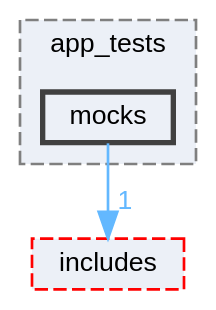
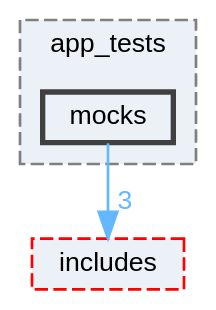
Before and after one commit to SEAME-pt/2024-2025-HotWheels: the diagram in docs/dir_88a79e1a5ce881f0266bc136e739785e_dep.dot, drawn with Graphviz. The commit also changed 223 other files, not shown here.

```diff
--- a/docs/dir_88a79e1a5ce881f0266bc136e739785e_dep.dot
+++ b/docs/dir_88a79e1a5ce881f0266bc136e739785e_dep.dot
@@ -1,14 +1,14 @@
 digraph "app/app_tests/mocks"
 {
  // LATEX_PDF_SIZE
   bgcolor="transparent";
   edge [fontname=Helvetica,fontsize=10,labelfontname=Helvetica,labelfontsize=10];
   node [fontname=Helvetica,fontsize=10,shape=box,height=0.2,width=0.4];
   compound=true
   subgraph clusterdir_233f5a9e11cb958617720b9aa5e796d9 {
     graph [ bgcolor="#ecf0f7", pencolor="grey50", label="app_tests", fontname=Helvetica,fontsize=10 style="filled,dashed", URL="dir_233f5a9e11cb958617720b9aa5e796d9.html",tooltip=""]
   dir_88a79e1a5ce881f0266bc136e739785e [label="mocks", fillcolor="#ecf0f7", color="grey25", style="filled,bold", URL="dir_88a79e1a5ce881f0266bc136e739785e.html",tooltip=""];
   }
   dir_1c5c03227cca0102ee47bee331c2b55d [label="includes", fillcolor="#ecf0f7", color="red", style="filled,dashed", URL="dir_1c5c03227cca0102ee47bee331c2b55d.html",tooltip=""];
-  dir_88a79e1a5ce881f0266bc136e739785e->dir_1c5c03227cca0102ee47bee331c2b55d [headlabel="1", labeldistance=1.5 headhref="dir_000017_000012.html" href="dir_000017_000012.html" color="steelblue1" fontcolor="steelblue1"];
+  dir_88a79e1a5ce881f0266bc136e739785e->dir_1c5c03227cca0102ee47bee331c2b55d [headlabel="3", labeldistance=1.5 headhref="dir_000017_000012.html" href="dir_000017_000012.html" color="steelblue1" fontcolor="steelblue1"];
 }
```
